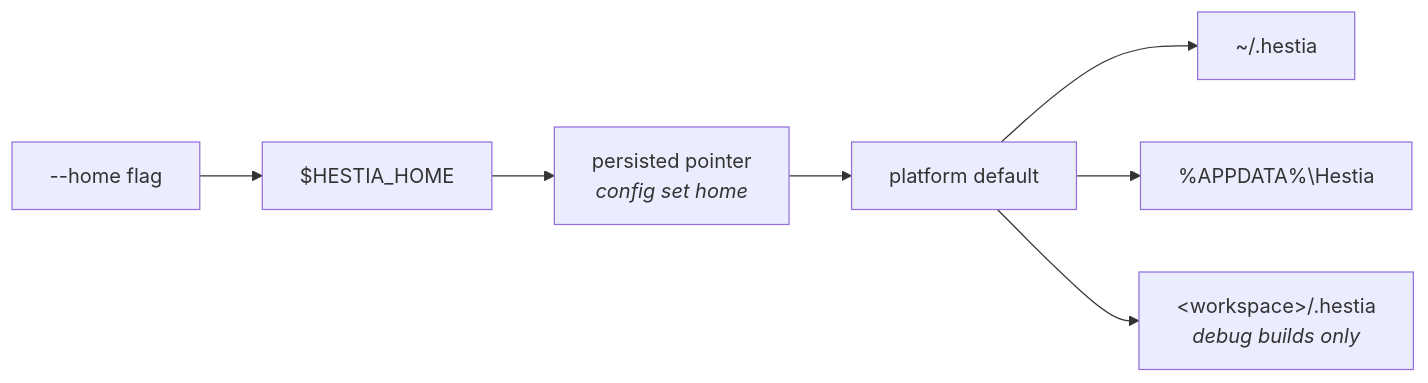
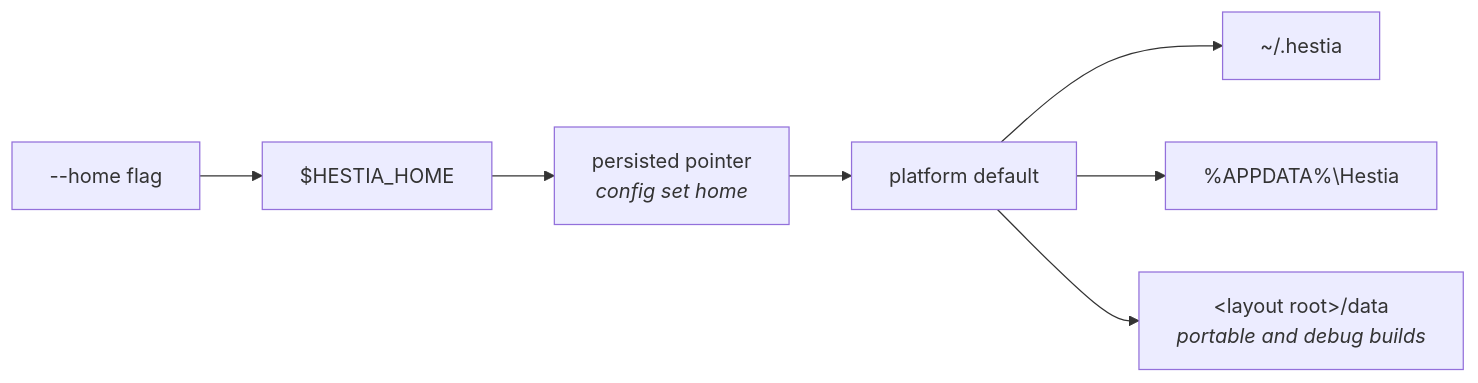
Before and after one commit to toraaoo/hestia: the diagram in docs/architecture/common.md, drawn with Mermaid. The commit also changed other lines of this file and 7 other files, not shown here.

First line of the commit message:
feat(packaging): split the shipped layout into a root and bin/

````diff
--- a/docs/architecture/common.md
+++ b/docs/architecture/common.md
@@ -25,7 +25,7 @@
 ```mermaid
 flowchart LR
     A["--home flag"] --> B["$HESTIA_HOME"] --> C["persisted pointer<br/><i>config set home</i>"] --> D["platform default"]
     D --> D1["~/.hestia"]
     D --> D2["%APPDATA%\Hestia"]
-    D --> D3["&lt;workspace&gt;/.hestia<br/><i>debug builds only</i>"]
+    D --> D3["&lt;layout root&gt;/data<br/><i>portable and debug builds</i>"]
 ```
````
